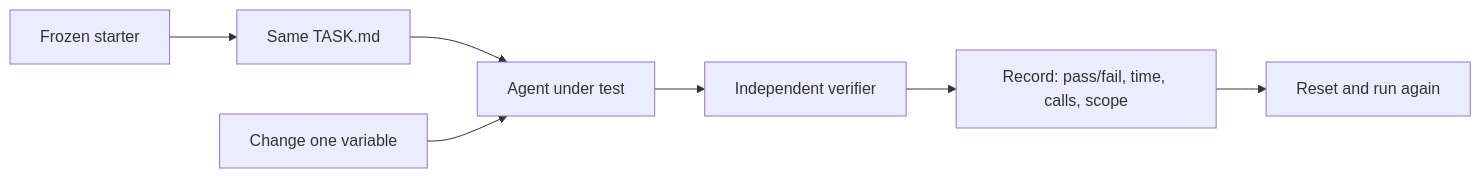
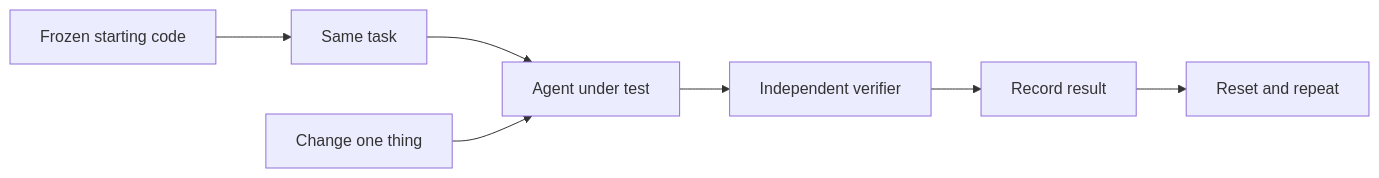
The diagram in notes/articles/2026-09-27-i-bought-an-ai-powerhouse-then-the-agent-kept-giving-up.md (starodubtsevconsulting/ai-fleas), drawn with Mermaid before and after one commit. The commit also changed other lines of this file, not shown here.

````diff
--- a/notes/articles/2026-09-27-i-bought-an-ai-powerhouse-then-the-agent-kept-giving-up.md
+++ b/notes/articles/2026-09-27-i-bought-an-ai-powerhouse-then-the-agent-kept-giving-up.md
@@ -199,9 +153,9 @@
 ```mermaid
 flowchart LR
-    S["Frozen starter"] --> T["Same TASK.md"]
+    S["Frozen starting code"] --> T["Same task"]
     T --> A["Agent under test"]
-    X["Change one variable"] --> A
+    X["Change one thing"] --> A
     A --> V["Independent verifier"]
-    V --> R["Record: pass/fail, time, calls, scope"]
-    R --> N["Reset and run again"]
+    V --> R["Record result"]
+    R --> N["Reset and repeat"]
 ```
````
